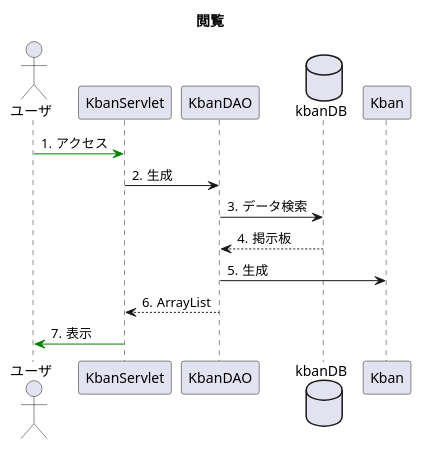
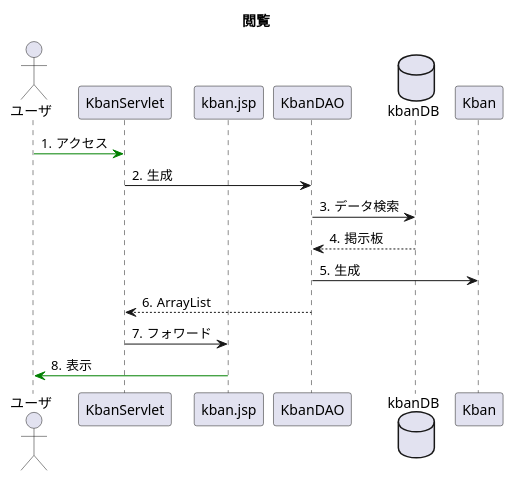
Before and after one commit to Tranoske/WebExample: the diagram in uml/seq_re.pu, drawn with PlantUML. The commit also changed 4 other files, not shown here.

Commit message:
図

```diff
--- a/uml/seq_re.pu
+++ b/uml/seq_re.pu
@@ -1,19 +1,21 @@
 @startuml
 title 閲覧
 
 autonumber "#."
 
 actor ユーザ
 participant KbanServlet
+participant kban.jsp
 participant KbanDAO
 database kbanDB
 participant Kban
 
 ユーザ -[#green]> KbanServlet:アクセス
 KbanServlet -> KbanDAO:生成
 KbanDAO -> kbanDB:データ検索
 kbanDB --> KbanDAO:掲示板
 KbanDAO -> Kban:生成
 KbanDAO --> KbanServlet:ArrayList
-KbanServlet -[#green]> ユーザ:表示
+KbanServlet -> kban.jsp:フォワード
+kban.jsp -[#green]> ユーザ:表示
 @enduml
```
